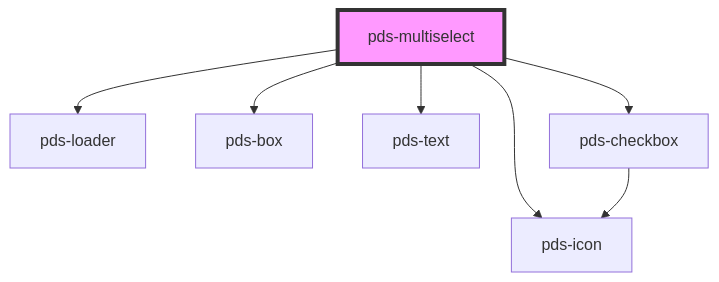
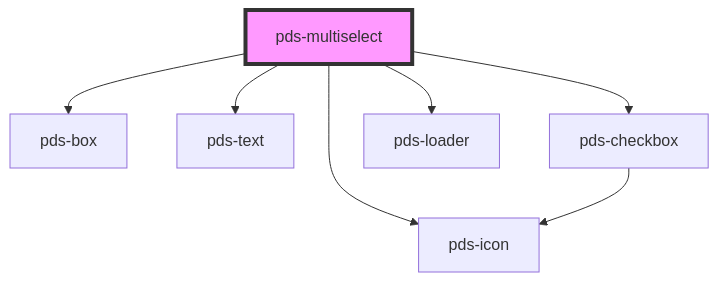
The diagram in libs/core/src/components/pds-multiselect/readme.md (Kajabi/pine), drawn with Mermaid before and after one commit. The commit also changed other lines of this file and 17 other files, not shown here.

First line of the commit message:
feat(pds-multiselect): add grouped options support (#705)

````diff
--- a/libs/core/src/components/pds-multiselect/readme.md
+++ b/libs/core/src/components/pds-multiselect/readme.md
@@ -107,10 +114,10 @@
 ```mermaid
 graph TD;
+  pds-multiselect --> pds-box
   pds-multiselect --> pds-icon
-  pds-multiselect --> pds-loader
-  pds-multiselect --> pds-box
   pds-multiselect --> pds-text
   pds-multiselect --> pds-checkbox
+  pds-multiselect --> pds-loader
   pds-checkbox --> pds-icon
   style pds-multiselect fill:#f9f,stroke:#333,stroke-width:4px
 ```
````
